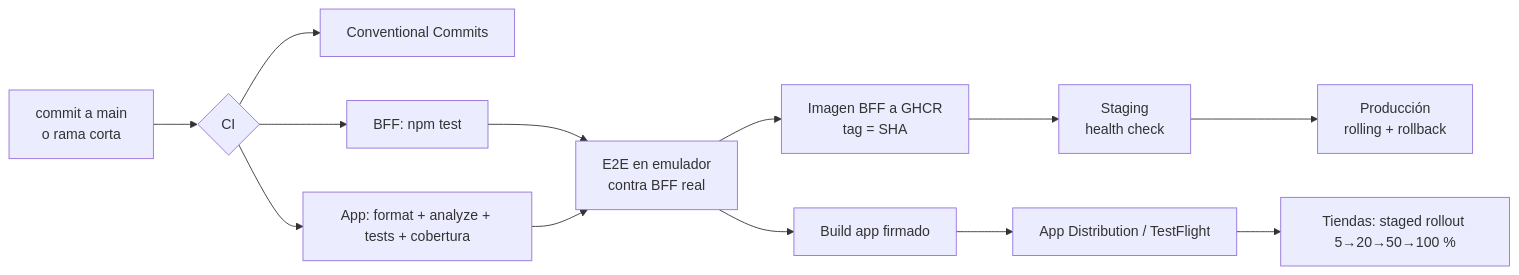
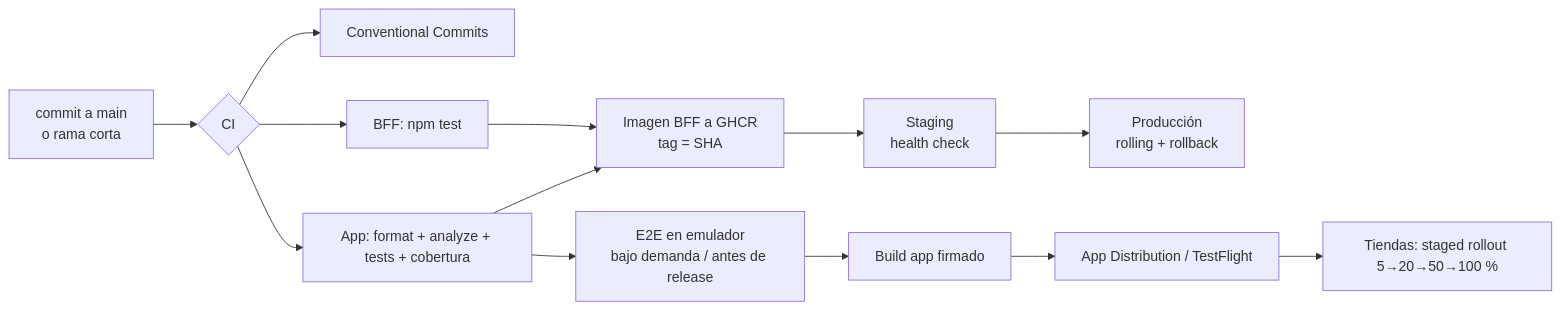
The diagram in docs/deployment-operations.md (TheTuxTron/BI_eva_t-cnica), drawn with Mermaid before and after one commit. The commit also changed other lines of this file and 8 other files, not shown here.

````diff
--- a/docs/deployment-operations.md
+++ b/docs/deployment-operations.md
@@ -16,14 +16,14 @@
 ```mermaid
 flowchart LR
   dev[commit a main<br/>o rama corta] --> ci{CI}
   ci --> c1[Conventional Commits]
   ci --> c2[BFF: npm test]
   ci --> c3[App: format + analyze + tests + cobertura]
-  c2 & c3 --> e2e[E2E en emulador<br/>contra BFF real]
-  e2e --> img[Imagen BFF a GHCR<br/>tag = SHA]
+  c2 & c3 --> img[Imagen BFF a GHCR<br/>tag = SHA]
   img --> stg[Staging<br/>health check]
   stg --> prod[Producción<br/>rolling + rollback]
+  c3 --> e2e[E2E en emulador<br/>bajo demanda / antes de release]
   e2e --> build[Build app firmado]
   build --> dist[App Distribution / TestFlight]
   dist --> store[Tiendas: staged rollout 5→20→50→100 %]
 ```
````
